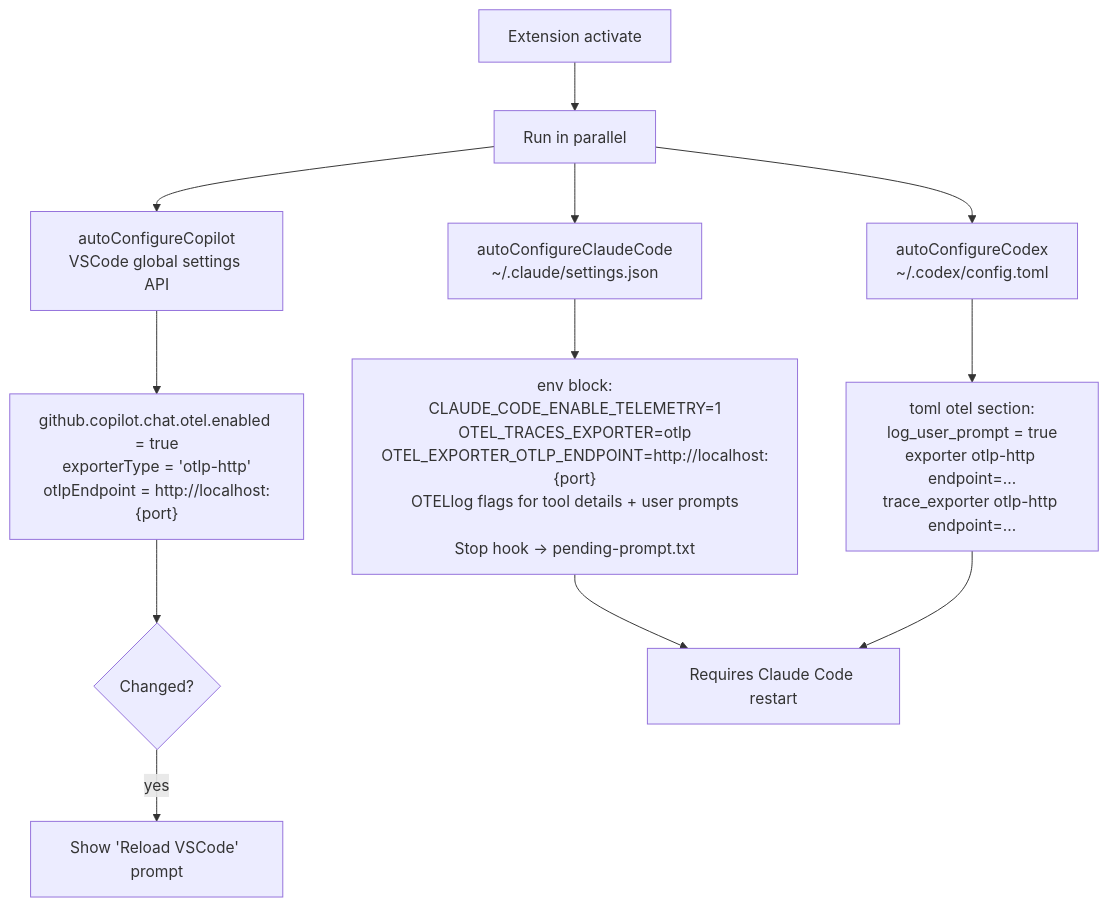
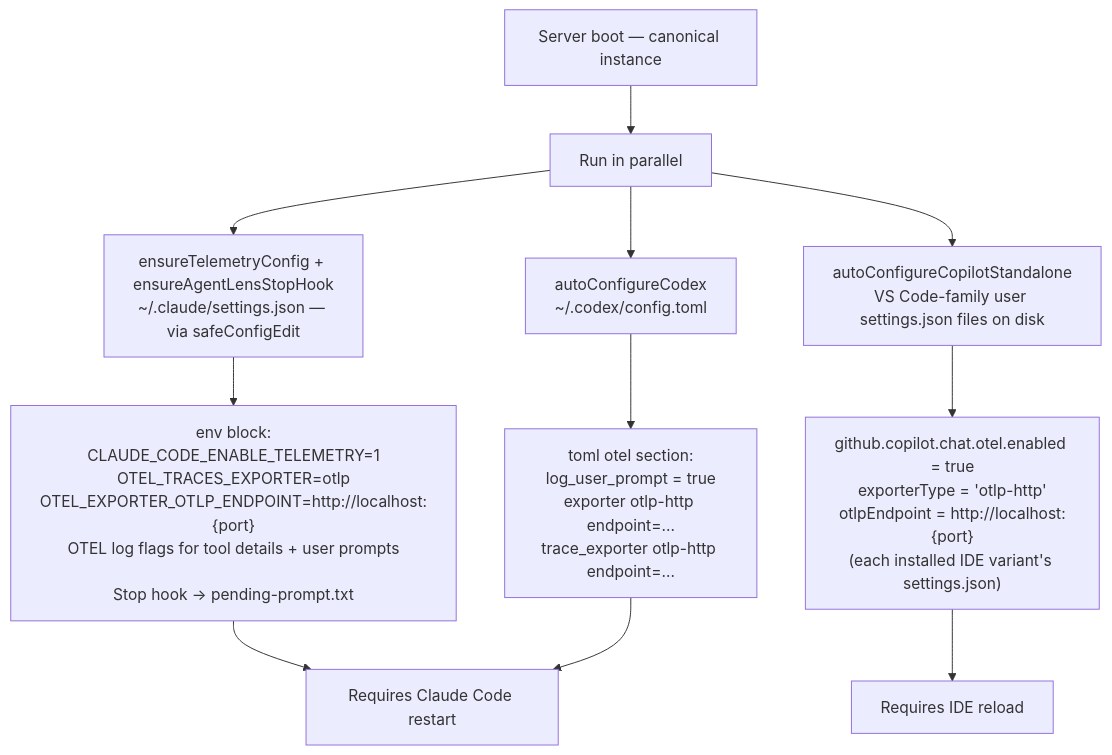
One commit to Emasoft/AgentlensPro changed diagram 17 of 19 in ARCHITECTURE.md. Above: the diagram before and after it, drawn with Mermaid. The commit also changed other lines of this file and 3 other files, not shown here.

````diff
--- a/ARCHITECTURE.md
+++ b/ARCHITECTURE.md
@@ -887,19 +902,18 @@
 ```mermaid
 flowchart TD
-    ACT[Extension activate] --> PAR[Run in parallel]
+    ACT[Server boot — canonical instance] --> PAR[Run in parallel]
 
-    PAR --> CP_CFG[autoConfigureCopilot<br/>VSCode global settings API]
-    PAR --> CC_CFG[autoConfigureClaudeCode<br/>~/.claude/settings.json]
+    PAR --> CC_CFG[ensureTelemetryConfig + ensureAgentLensStopHook<br/>~/.claude/settings.json — via safeConfigEdit]
     PAR --> CX_CFG[autoConfigureCodex<br/>~/.codex/config.toml]
+    PAR --> CP_CFG[autoConfigureCopilotStandalone<br/>VS Code-family user settings.json files on disk]
 
-    CP_CFG --> CP_KEYS["github.copilot.chat.otel.enabled = true<br/>exporterType = 'otlp-http'<br/>otlpEndpoint = http://localhost:{port}"]
-    CP_KEYS --> CP_OUT{Changed?}
-    CP_OUT -- yes --> RELOAD[Show 'Reload VSCode' prompt]
-
-    CC_CFG --> CC_KEYS["env block:<br/>CLAUDE_CODE_ENABLE_TELEMETRY=1<br/>OTEL_TRACES_EXPORTER=otlp<br/>OTEL_EXPORTER_OTLP_ENDPOINT=http://localhost:{port}<br/>OTELlog flags for tool details + user prompts<br/><br/>Stop hook → pending-prompt.txt"]
+    CC_CFG --> CC_KEYS["env block:<br/>CLAUDE_CODE_ENABLE_TELEMETRY=1<br/>OTEL_TRACES_EXPORTER=otlp<br/>OTEL_EXPORTER_OTLP_ENDPOINT=http://localhost:{port}<br/>OTEL log flags for tool details + user prompts<br/><br/>Stop hook → pending-prompt.txt"]
 
     CX_CFG --> CX_KEYS["toml otel section:<br/>log_user_prompt = true<br/>exporter otlp-http endpoint=...<br/>trace_exporter otlp-http endpoint=..."]
 
+    CP_CFG --> CP_KEYS["github.copilot.chat.otel.enabled = true<br/>exporterType = 'otlp-http'<br/>otlpEndpoint = http://localhost:{port}<br/>(each installed IDE variant's settings.json)"]
+
     CC_KEYS --> RESTART[Requires Claude Code restart]
     CX_KEYS --> RESTART
+    CP_KEYS --> RELOAD[Requires IDE reload]
 ```
````
